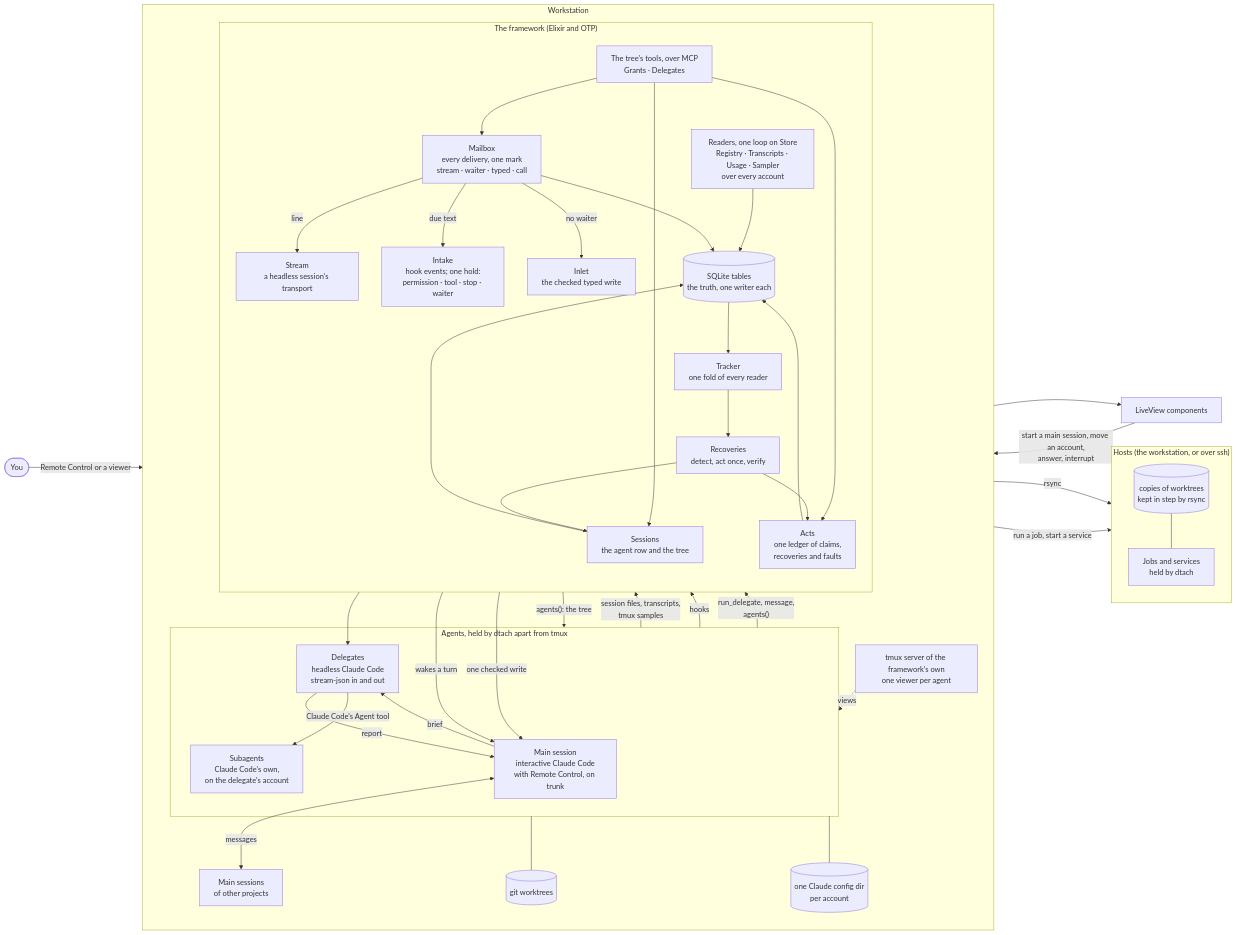
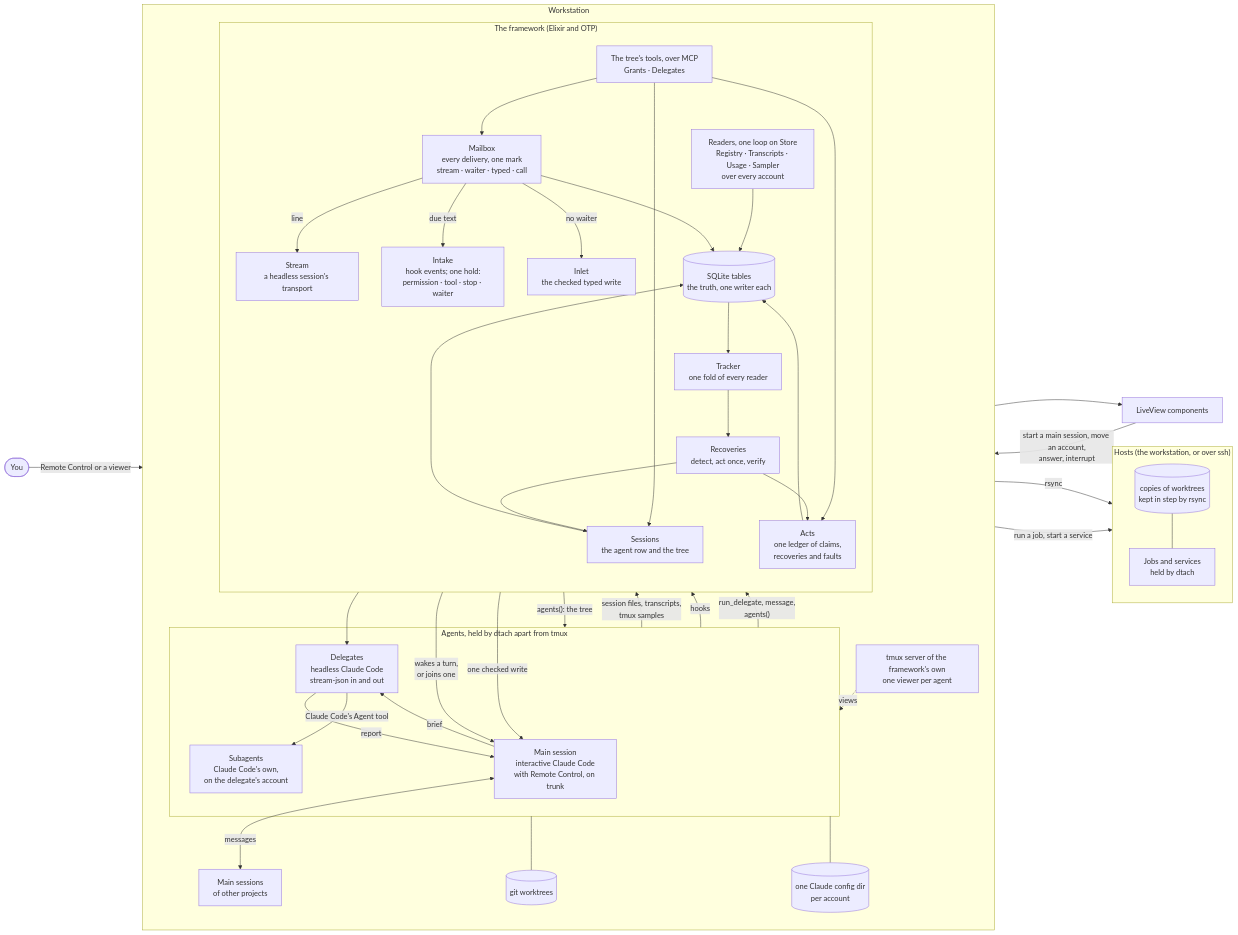
One commit to SushyDev/coding_agent_framework changed the first of 2 diagrams in README.md. Above: the diagram before and after it, drawn with Mermaid. The commit also changed other lines of this file and 24 other files, not shown here.

````diff
--- a/README.md
+++ b/README.md
@@ -31,75 +31,75 @@
 ```mermaid
 flowchart LR
   person([You])
 
   subgraph ws["Workstation"]
     direction TB
     subgraph tree["Agents, held by dtach apart from tmux"]
       main["Main session<br/>interactive Claude Code<br/>with Remote Control, on trunk"]
       delegate["Delegates<br/>headless Claude Code<br/>stream-json in and out"]
       sub["Subagents<br/>Claude Code's own,<br/>on the delegate's account"]
     end
     otherMain["Main sessions<br/>of other projects"]
     tmux["tmux server of the framework's own<br/>one viewer per agent"]
     worktrees[("git worktrees")]
     configs[("one Claude config dir<br/>per account")]
 
     subgraph framework["The framework (Elixir and OTP)"]
       direction TB
       readers["Readers, one loop on Store<br/>Registry · Transcripts · Usage · Sampler<br/>over every account"]
       sessions["Sessions<br/>the agent row and the tree"]
       intake["Intake<br/>hook events; one hold:<br/>permission · tool · stop · waiter"]
       mailbox["Mailbox<br/>every delivery, one mark<br/>stream · waiter · typed · call"]
       inlet["Inlet<br/>the checked typed write"]
       stream["Stream<br/>a headless session's transport"]
       tools["The tree's tools, over MCP<br/>Grants · Delegates"]
       acts["Acts<br/>one ledger of claims,<br/>recoveries and faults"]
       tracker["Tracker<br/>one fold of every reader"]
       recoveries["Recoveries<br/>detect, act once, verify"]
       db[("SQLite tables<br/>the truth, one writer each")]
     end
   end
 
   subgraph hosts["Hosts (the workstation, or over ssh)"]
     direction TB
     copies[("copies of worktrees<br/>kept in step by rsync")]
     work["Jobs and services<br/>held by dtach"]
   end
 
   ui["LiveView components"]
 
   person -->|Remote Control or a viewer| main
   main <-->|messages| otherMain
   main -->|brief| delegate
   delegate -->|report| main
   delegate -->|Claude Code's Agent tool| sub
   tree -->|run a job, start a service| work
   worktrees -->|rsync| copies
   copies --- work
   tmux -.->|views| tree
   tree --- worktrees
   tree --- configs
   tree -->|session files, transcripts,<br/>tmux samples| readers
   tree -->|hooks| intake
   tree -->|"run_delegate, message,<br/>agents()"| tools
   tools --> sessions
   tools --> mailbox
   tools --> acts
   mailbox -->|line| stream
   mailbox -->|due text| intake
   mailbox -->|no waiter| inlet
   stream --> delegate
-  intake -->|wakes a turn| main
+  intake -->|wakes a turn,<br/>or joins one| main
   inlet -->|one checked write| main
   readers --> db
   sessions --> db
   mailbox --> db
   acts --> db
   db --> tracker
   tracker --> recoveries
   recoveries --> acts
   recoveries --> sessions
   tracker --> ui
   tracker -->|"agents(): the tree"| tree
   ui -->|start a main session, move an account,<br/>answer, interrupt| tools
 ```
````
